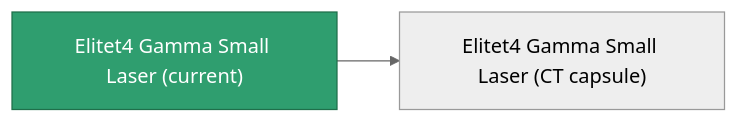
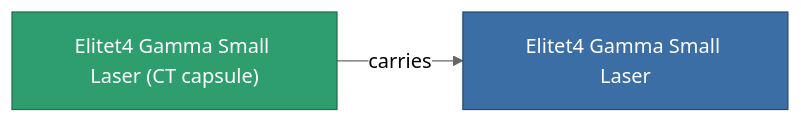
One commit to OpenPerpetuum/Wiki changed the diagram in content/content/items/elitet4_gamma_small_laser.md. Above: the diagram before and after it, drawn with Mermaid (neutral theme). The commit also changed other lines of this file and 2015 other files, not shown here.

````diff
--- a/content/content/items/elitet4_gamma_small_laser.md
+++ b/content/content/items/elitet4_gamma_small_laser.md
@@ -39,8 +39,9 @@
 ```mermaid
 graph LR
-    a["Elitet4 Gamma Small Laser (current)"]:::current
-    b["Elitet4 Gamma Small Laser (CT capsule)"]
-    a --> b
-    click b "/content/items/elitet4-gamma-small-laser-ct-capsule/" "Elitet4 Gamma Small Laser (CT capsule)"
+    a["Elitet4 Gamma Small Laser (CT capsule)"]:::current
+    b["Elitet4 Gamma Small Laser"]:::finished
+    a -->|carries| b
+                click b "/content/items/elitet4-gamma-small-laser/" "Elitet4 Gamma Small Laser"
     classDef current fill:#2f9e6f,stroke:#1f6f4a,color:#ffffff
+    classDef finished fill:#3b6ea5,stroke:#274a75,color:#ffffff
 ```
````
